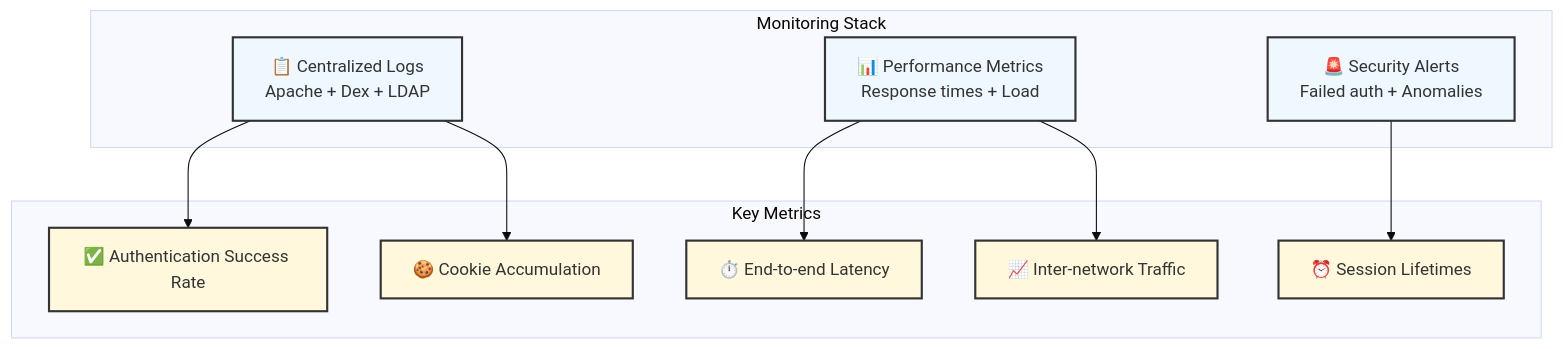
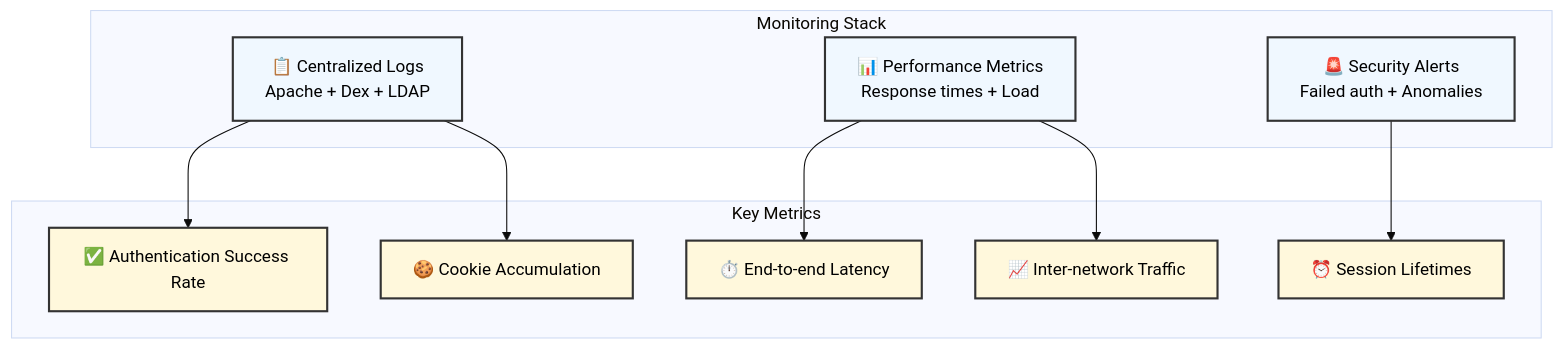
The eighth of 10 diagrams in PRESENTATION.md (randomKara/ldap-dex-IDP), drawn with Mermaid (base theme) before and after one commit. The commit also changed other lines of this file, not shown here.

````diff
--- a/PRESENTATION.md
+++ b/PRESENTATION.md
@@ -328,28 +328,28 @@
 ```mermaid
 graph TB
     subgraph "Monitoring Stack"
         LOGS[📋 Centralized Logs<br/>Apache + Dex + LDAP]
         METRICS[📊 Performance Metrics<br/>Response times + Load]
         ALERTS[🚨 Security Alerts<br/>Failed auth + Anomalies]
     end
     
     subgraph "Key Metrics"
         AUTH_SUCCESS[✅ Authentication Success Rate]
         LATENCY[⏱️ End-to-end Latency]
         NETWORK_TRAFFIC[📈 Inter-network Traffic]
         COOKIE_OVERFLOW[🍪 Cookie Accumulation]
         SESSION_DURATION[⏰ Session Lifetimes]
     end
     
     LOGS --> AUTH_SUCCESS
     LOGS --> COOKIE_OVERFLOW
     METRICS --> LATENCY
     METRICS --> NETWORK_TRAFFIC
     ALERTS --> SESSION_DURATION
     
-    classDef monitoring fill:#f0f8ff,stroke:#333,stroke-width:2px
-    classDef metrics fill:#fff8dc,stroke:#333,stroke-width:2px
+    classDef monitoring fill:#f0f8ff,stroke:#333,stroke-width:2px,color:#000000
+    classDef metrics fill:#fff8dc,stroke:#333,stroke-width:2px,color:#000000
     
     class LOGS,METRICS,ALERTS monitoring
     class AUTH_SUCCESS,LATENCY,NETWORK_TRAFFIC,COOKIE_OVERFLOW,SESSION_DURATION metrics
 ```
````
